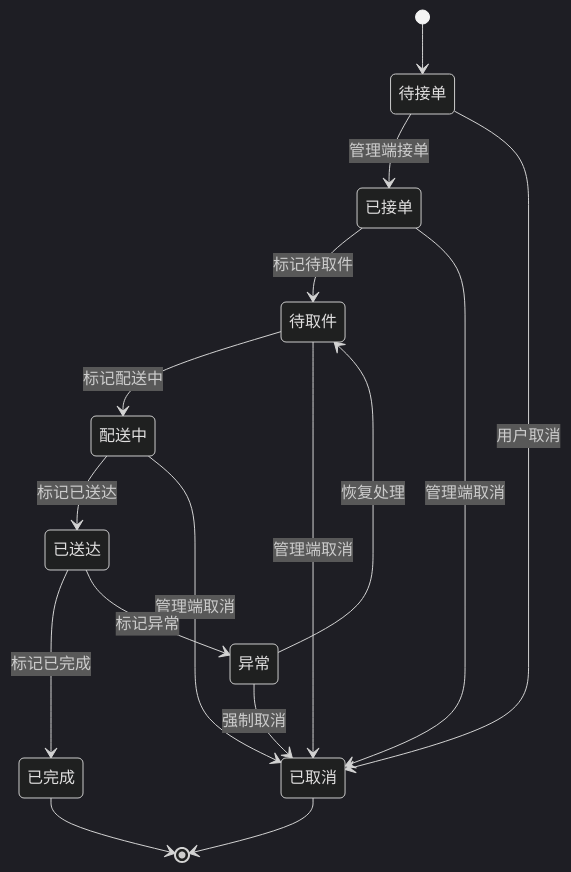
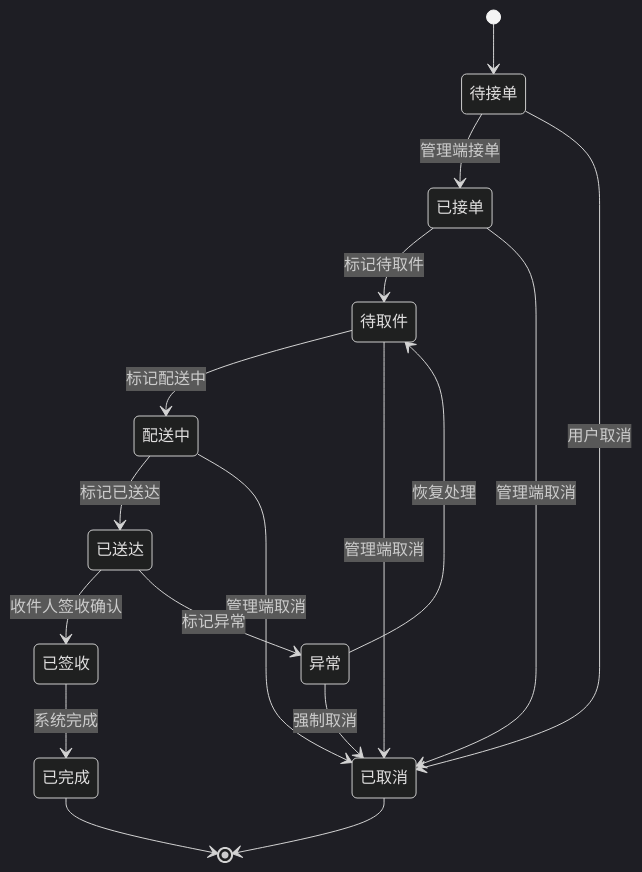
Before and after one commit to Giraffe-Han/microAPP: the fifth of 23 diagrams in .qoder/repowiki/zh/content/业务功能模块/医疗配送模块功能设计.md, drawn with Mermaid (dark theme). The commit also changed other lines of this file and 93 other files, not shown here.

Commit message:
fix: 恢复原始Banner图片URL到配置中

````diff
--- a/.qoder/repowiki/zh/content/业务功能模块/医疗配送模块功能设计.md
+++ b/.qoder/repowiki/zh/content/业务功能模块/医疗配送模块功能设计.md
@@ -246,18 +249,19 @@
 ```mermaid
 stateDiagram-v2
 [*] --> 待接单
 待接单 --> 已接单 : 管理端接单
 待接单 --> 已取消 : 用户取消
 已接单 --> 待取件 : 标记待取件
 已接单 --> 已取消 : 管理端取消
 待取件 --> 配送中 : 标记配送中
 待取件 --> 已取消 : 管理端取消
 配送中 --> 已送达 : 标记已送达
 配送中 --> 已取消 : 管理端取消
-已送达 --> 已完成 : 标记已完成
+已送达 --> 已签收 : 收件人签收确认
 已送达 --> 异常 : 标记异常
+已签收 --> 已完成 : 系统完成
 已完成 --> [*]
 已取消 --> [*]
 异常 --> 待取件 : 恢复处理
 异常 --> 已取消 : 强制取消
 ```
````
